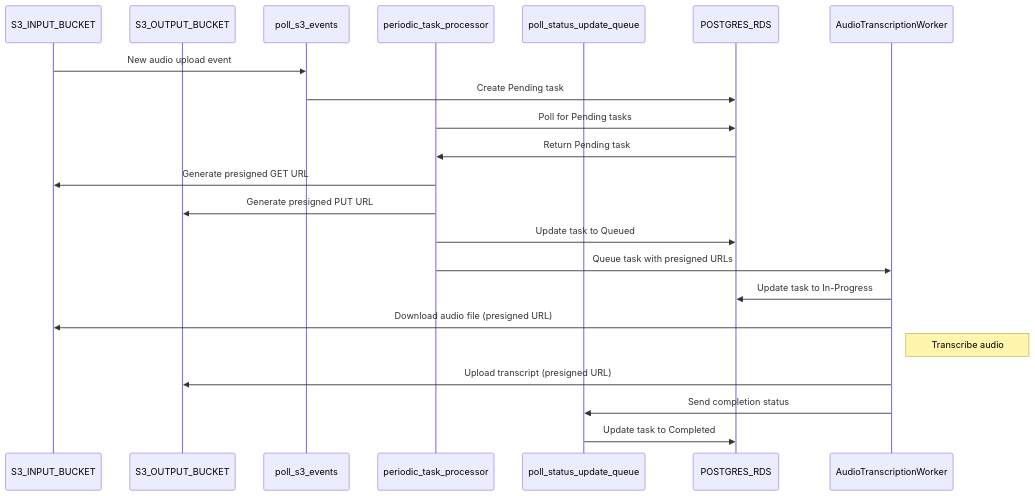
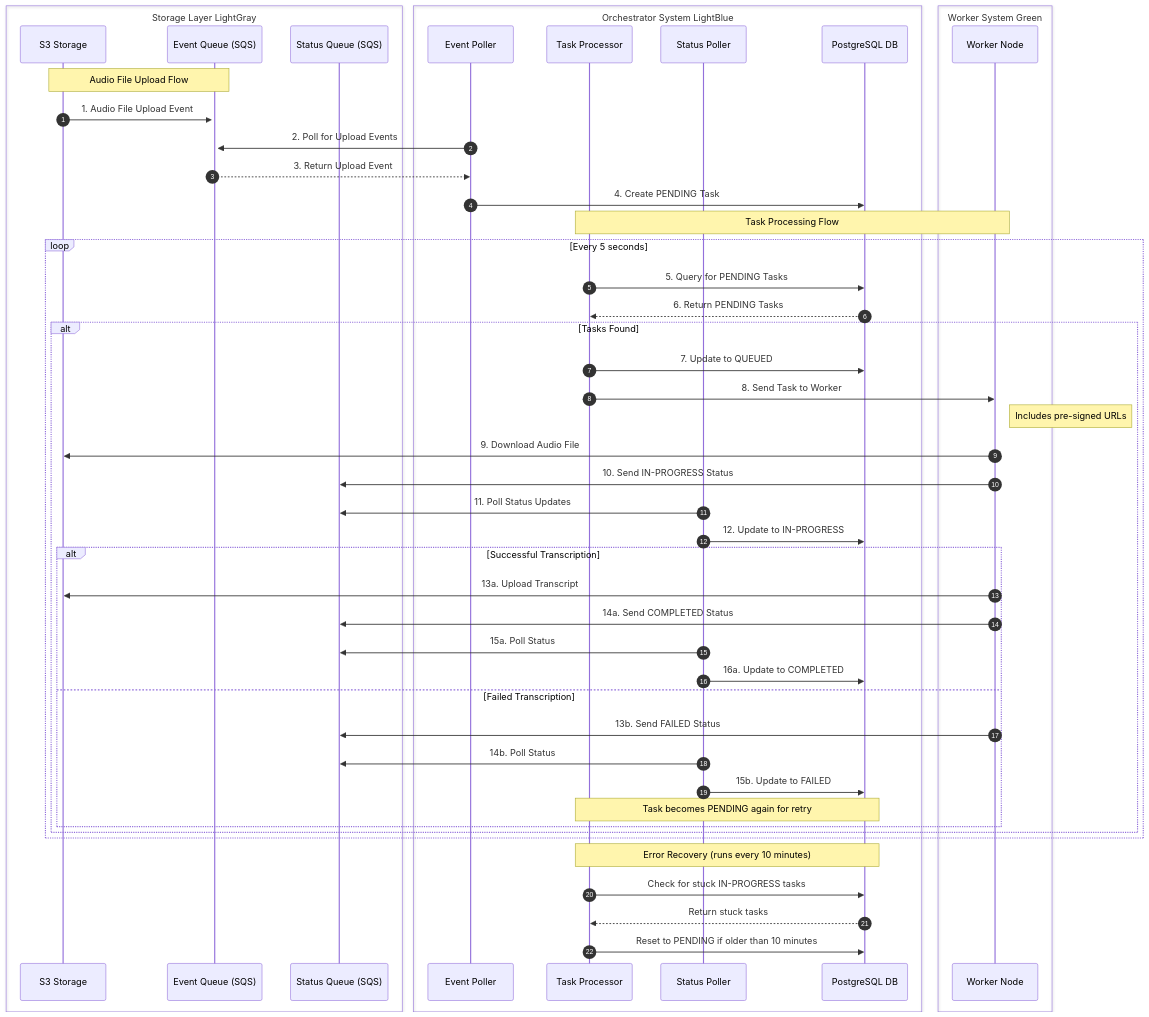
The diagram in orchestrator/readme.md (davidbmar/audio_client_server), drawn with Mermaid before and after one commit.

````diff
--- a/orchestrator/readme.md
+++ b/orchestrator/readme.md
@@ -1,35 +1,66 @@
 ```mermaid
+sequenceDiagram
+    autonumber
+    
+    %% Define participants with clear groupings
+    box Storage Layer LightGray
+        participant S3 as S3 Storage
+        participant EQ as Event Queue (SQS)
+        participant SQ as Status Queue (SQS)
+    end
+    
+    box Orchestrator System LightBlue
+        participant EP as Event Poller
+        participant TP as Task Processor
+        participant SP as Status Poller
+        participant DB as PostgreSQL DB
+    end
+    
+    box Worker System Green
+        participant W as Worker Node
+    end
 
-sequenceDiagram
-    participant IB as S3_INPUT_BUCKET
-    participant OB as S3_OUTPUT_BUCKET
-    participant SEP as poll_s3_events
-    participant PTP as periodic_task_processor
-    participant PSU as poll_status_update_queue
-    participant DB as POSTGRES_RDS
-    participant ATW as AudioTranscriptionWorker
+    %% File Upload Flow
+    Note over S3,EQ: Audio File Upload Flow
+    S3->>+EQ: 1. Audio File Upload Event
+    EP->>EQ: 2. Poll for Upload Events
+    EQ-->>EP: 3. Return Upload Event
+    EP->>DB: 4. Create PENDING Task
     
-    %% Initial upload and task creation
-    IB->>SEP: New audio upload event
-    SEP->>DB: Create Pending task
+    %% Task Processing Flow
+    Note over TP,W: Task Processing Flow
+    loop Every 5 seconds
+        TP->>DB: 5. Query for PENDING Tasks
+        DB-->>TP: 6. Return PENDING Tasks
+        
+        alt Tasks Found
+            TP->>DB: 7. Update to QUEUED
+            TP->>W: 8. Send Task to Worker
+            Note right of W: Includes pre-signed URLs
+            
+            %% Worker Processing
+            W->>S3: 9. Download Audio File
+            W->>SQ: 10. Send IN-PROGRESS Status
+            SP->>SQ: 11. Poll Status Updates
+            SP->>DB: 12. Update to IN-PROGRESS
+            
+            alt Successful Transcription
+                W->>S3: 13a. Upload Transcript
+                W->>SQ: 14a. Send COMPLETED Status
+                SP->>SQ: 15a. Poll Status
+                SP->>DB: 16a. Update to COMPLETED
+            else Failed Transcription
+                W->>SQ: 13b. Send FAILED Status
+                SP->>SQ: 14b. Poll Status
+                SP->>DB: 15b. Update to FAILED
+                Note over DB,TP: Task becomes PENDING again for retry
+            end
+        end
+    end
     
-    %% Task processing initialization
-    PTP->>DB: Poll for Pending tasks
-    DB->>PTP: Return Pending task
-    
-    %% Generate presigned URLs and queue task
-    PTP->>IB: Generate presigned GET URL
-    PTP->>OB: Generate presigned PUT URL
-    PTP->>DB: Update task to Queued
-    PTP->>ATW: Queue task with presigned URLs
-    
-    %% Worker processing
-    ATW->>DB: Update task to In-Progress
-    ATW->>IB: Download audio file (presigned URL)
-    Note right of ATW: Transcribe audio
-    ATW->>OB: Upload transcript (presigned URL)
-    ATW->>PSU: Send completion status
-    
-    %% Status update
-    PSU->>DB: Update task to Completed
+    %% Error Recovery
+    Note over DB,TP: Error Recovery (runs every 10 minutes)
+    TP->>DB: Check for stuck IN-PROGRESS tasks
+    DB-->>TP: Return stuck tasks
+    TP->>DB: Reset to PENDING if older than 10 minutes
 ```
````
